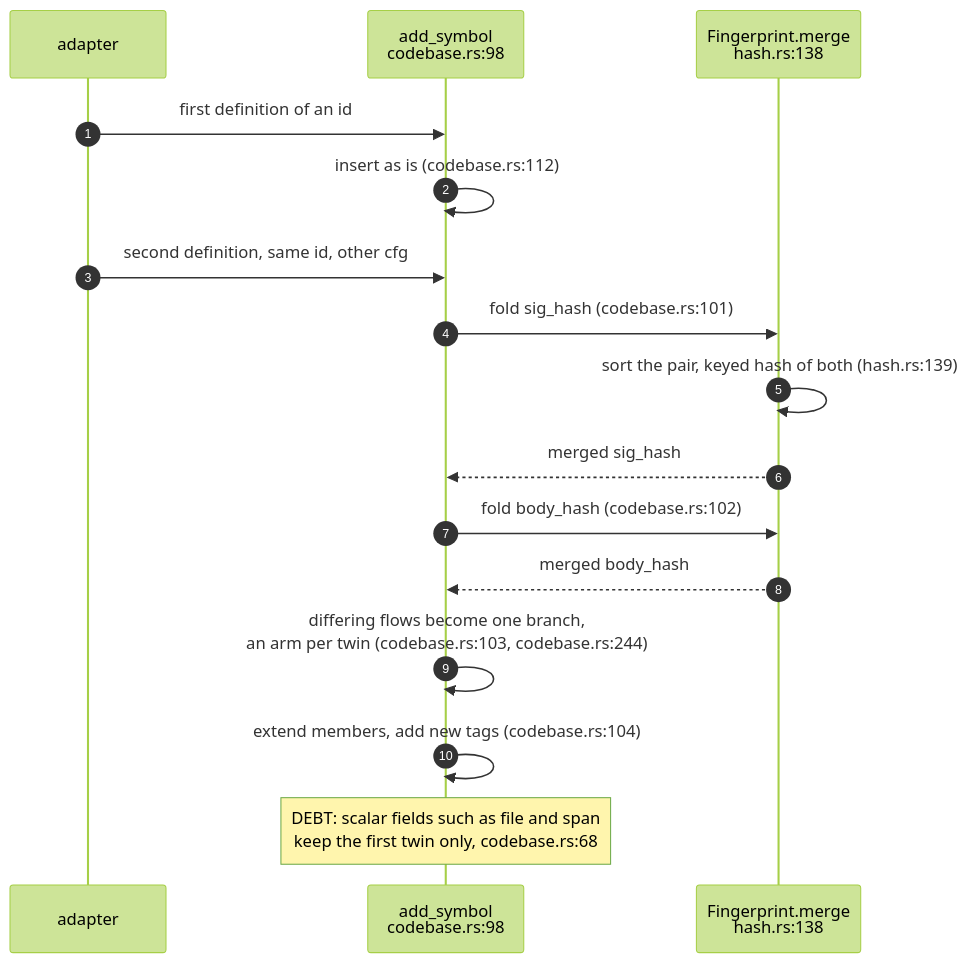
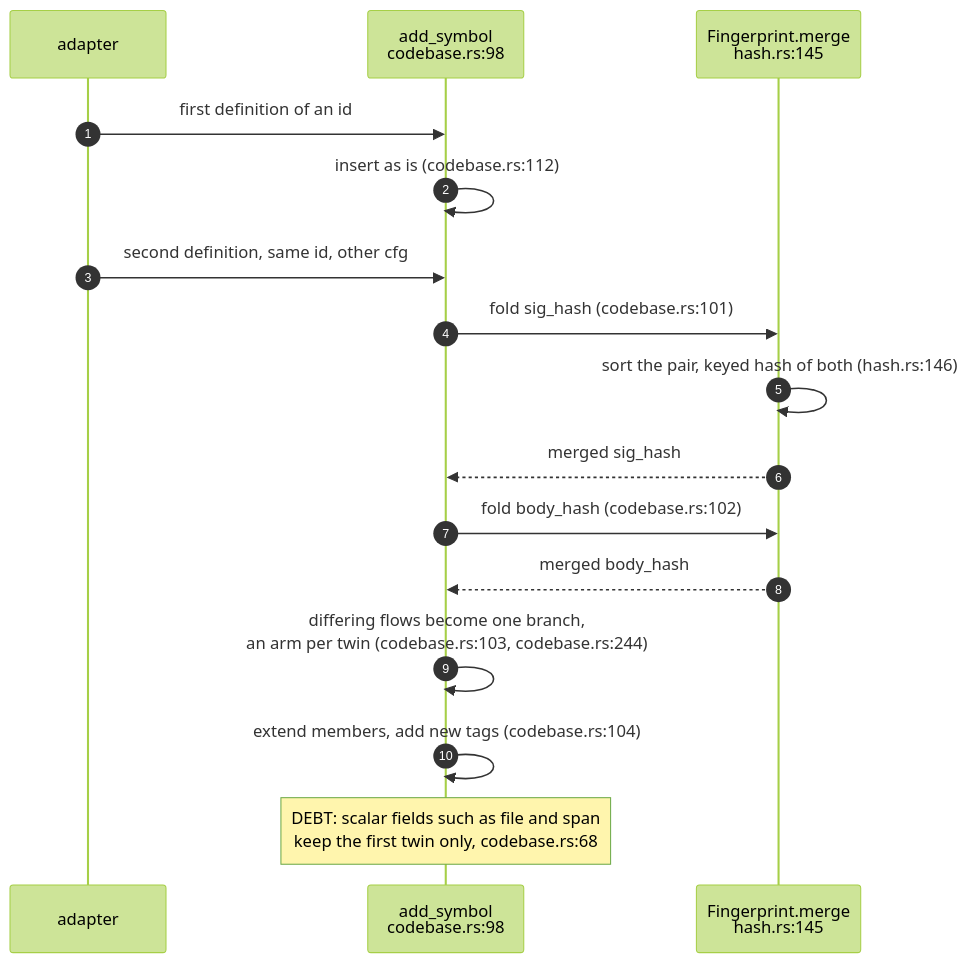
The third of 5 diagrams in docs/diagrams/sealmap/02-content-hashes-and-fingerprints.md (DreamLab-AI/VisionFlow), drawn with Mermaid (forest theme) before and after one commit. The commit also changed other lines of this file and 59 other files, not shown here.

First line of the commit message:
docs(diagrams): re-derive and re-stamp forum, website, pod, ontomark and sealmap topics

````diff
--- a/docs/diagrams/sealmap/02-content-hashes-and-fingerprints.md
+++ b/docs/diagrams/sealmap/02-content-hashes-and-fingerprints.md
@@ -139,18 +139,18 @@
 ```mermaid
 sequenceDiagram
     autonumber
     participant AD as adapter
     participant CB as add_symbol<br/>codebase.rs:98
-    participant FP as Fingerprint.merge<br/>hash.rs:138
+    participant FP as Fingerprint.merge<br/>hash.rs:145
     AD->>CB: first definition of an id
     CB->>CB: insert as is (codebase.rs:112)
     AD->>CB: second definition, same id, other cfg
     CB->>FP: fold sig_hash (codebase.rs:101)
-    FP->>FP: sort the pair, keyed hash of both (hash.rs:139)
+    FP->>FP: sort the pair, keyed hash of both (hash.rs:146)
     FP-->>CB: merged sig_hash
     CB->>FP: fold body_hash (codebase.rs:102)
     FP-->>CB: merged body_hash
     CB->>CB: differing flows become one branch,<br/>an arm per twin (codebase.rs:103, codebase.rs:244)
     CB->>CB: extend members, add new tags (codebase.rs:104)
     Note over CB: DEBT: scalar fields such as file and span<br/>keep the first twin only, codebase.rs:68
 ```
````
